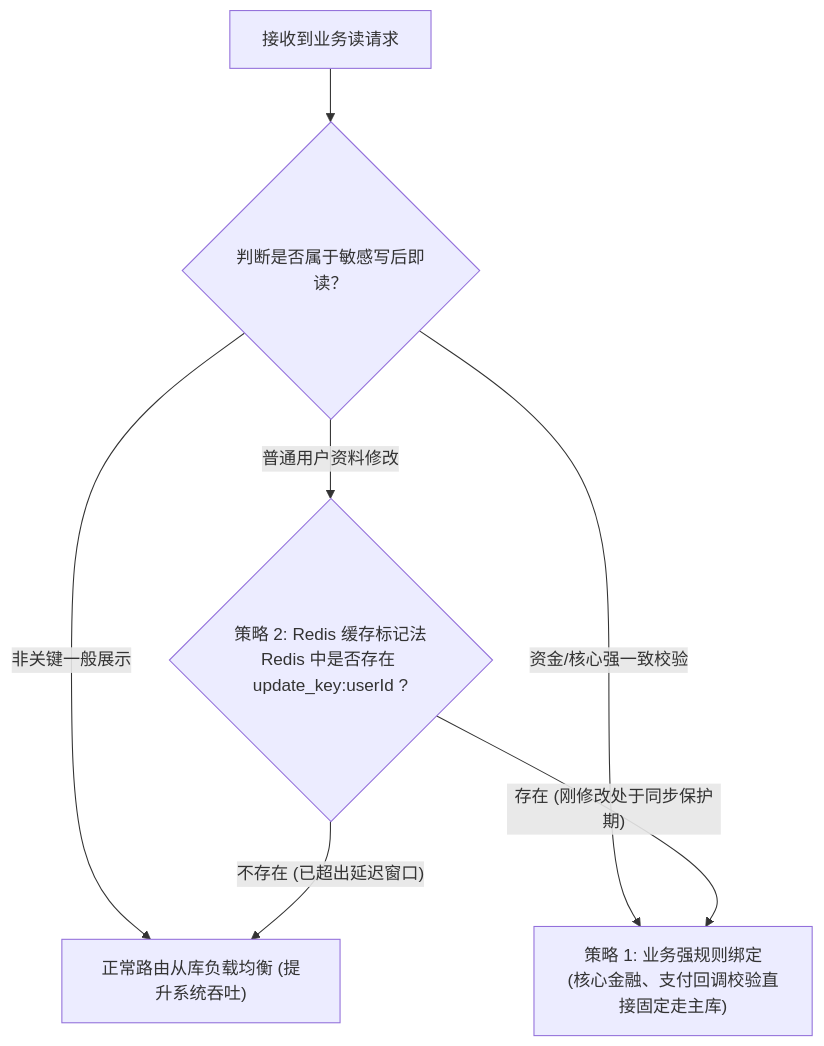
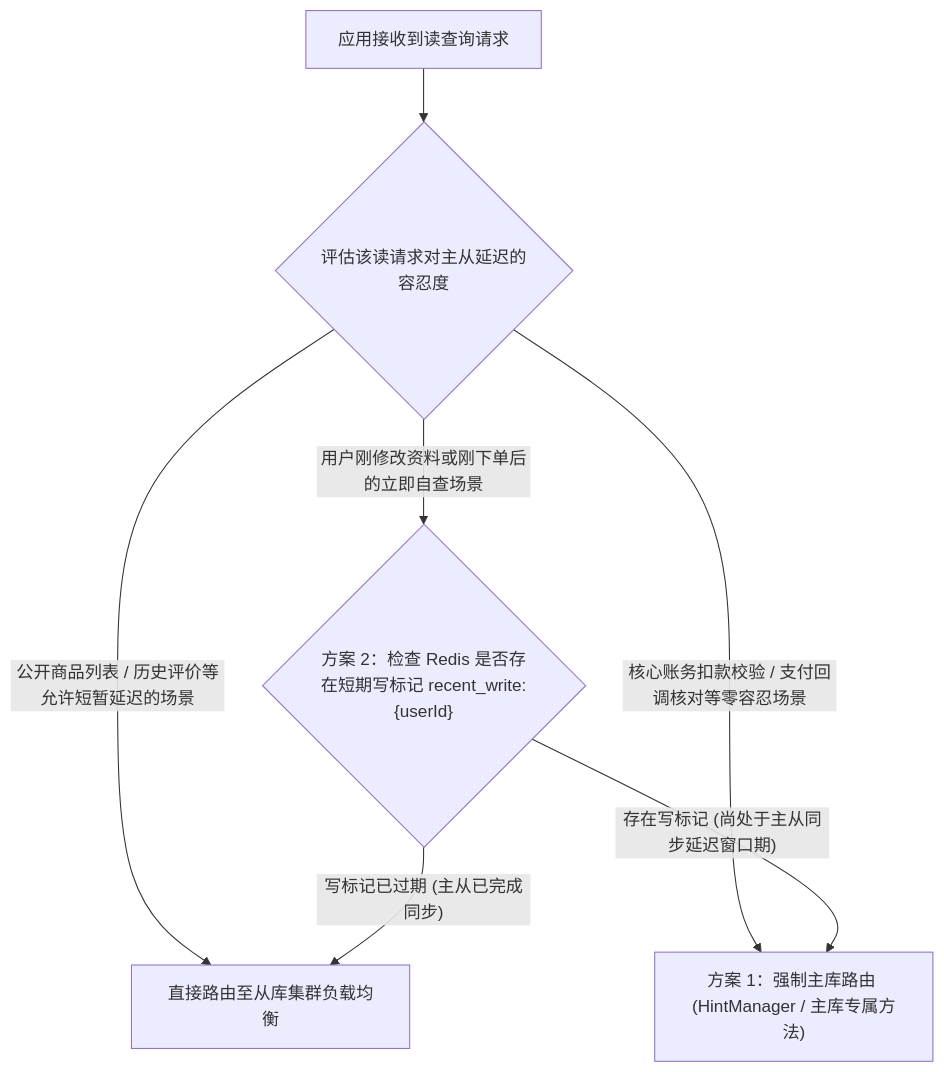
Before and after one commit to GuoWWWX/knowledge-base: the third of 5 diagrams in 20-Java后端/05-数据库与存储/08-分库分表与读写分离.md, drawn with Mermaid. The commit also changed other lines of this file and 251 other files, not shown here.

````diff
--- a/20-Java后端/05-数据库与存储/08-分库分表与读写分离.md
+++ b/20-Java后端/05-数据库与存储/08-分库分表与读写分离.md
@@ -145,9 +79,9 @@
 ```mermaid
 flowchart TD
-    Req["接收到业务读请求"] --> Check{"判断是否属于敏感写后即读？"}
-    Check -- "非关键一般展示" --> R_Slave["正常路由从库负载均衡 (提升系统吞吐)"]
-    Check -- "资金/核心强一致校验" --> R_Master["策略 1: 业务强规则绑定<br/>(核心金融、支付回调校验直接固定走主库)"]
-    Check -- "普通用户资料修改" --> R_Redis{"策略 2: Redis 缓存标记法<br/>Redis 中是否存在 update_key:userId ?"}
-    R_Redis -- "存在 (刚修改处于同步保护期)" --> R_Master
-    R_Redis -- "不存在 (已超出延迟窗口)" --> R_Slave
+    Req["应用接收到读查询请求"] --> Check{"评估该读请求对主从延迟的容忍度"}
+    Check -- "公开商品列表 / 历史评价等允许短暂延迟的场景" --> R_Slave["直接路由至从库集群负载均衡"]
+    Check -- "核心账务扣款校验 / 支付回调核对等零容忍场景" --> R_Master["方案 1：强制主库路由 (HintManager / 主库专属方法)"]
+    Check -- "用户刚修改资料或刚下单后的立即自查场景" --> R_Redis{"方案 2：检查 Redis 是否存在短期写标记 recent_write:{userId}"}
+    R_Redis -- "存在写标记 (尚处于主从同步延迟窗口期)" --> R_Master
+    R_Redis -- "写标记已过期 (主从已完成同步)" --> R_Slave
 ```
````
